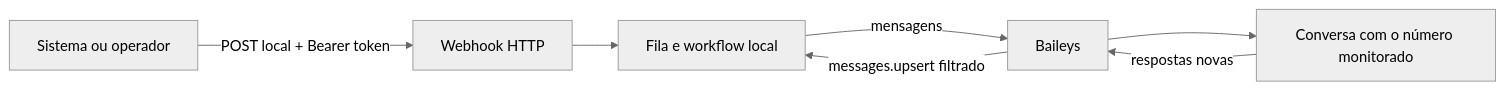
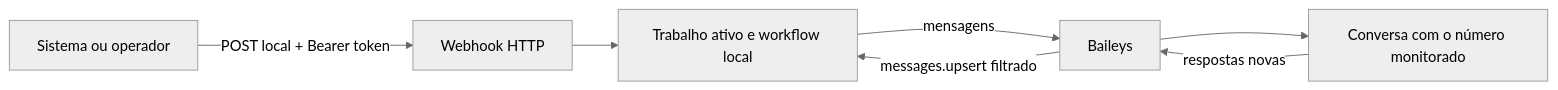
The diagram in README.md (rogerioaraujocosta/correcao-nome-latam), drawn with Mermaid (neutral theme) before and after one commit. The commit also changed other lines of this file and 9 other files, not shown here.

````diff
--- a/README.md
+++ b/README.md
@@ -157,9 +157,9 @@
 ```mermaid
 flowchart LR
     A["Sistema ou operador"] -->|"POST local + Bearer token"| B["Webhook HTTP"]
-    B --> C["Fila e workflow local"]
+    B --> C["Trabalho ativo e workflow local"]
     C -->|"mensagens"| D["Baileys"]
     D --> E["Conversa com o número monitorado"]
     E -->|"respostas novas"| D
     D -->|"messages.upsert filtrado"| C
 ```
````
